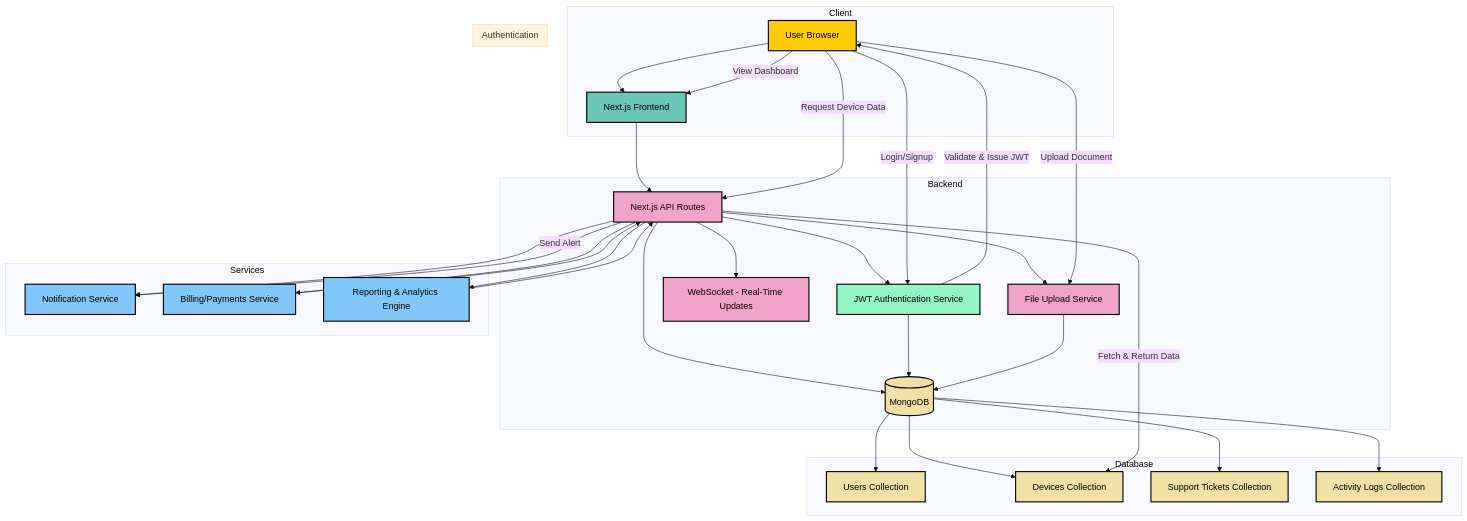
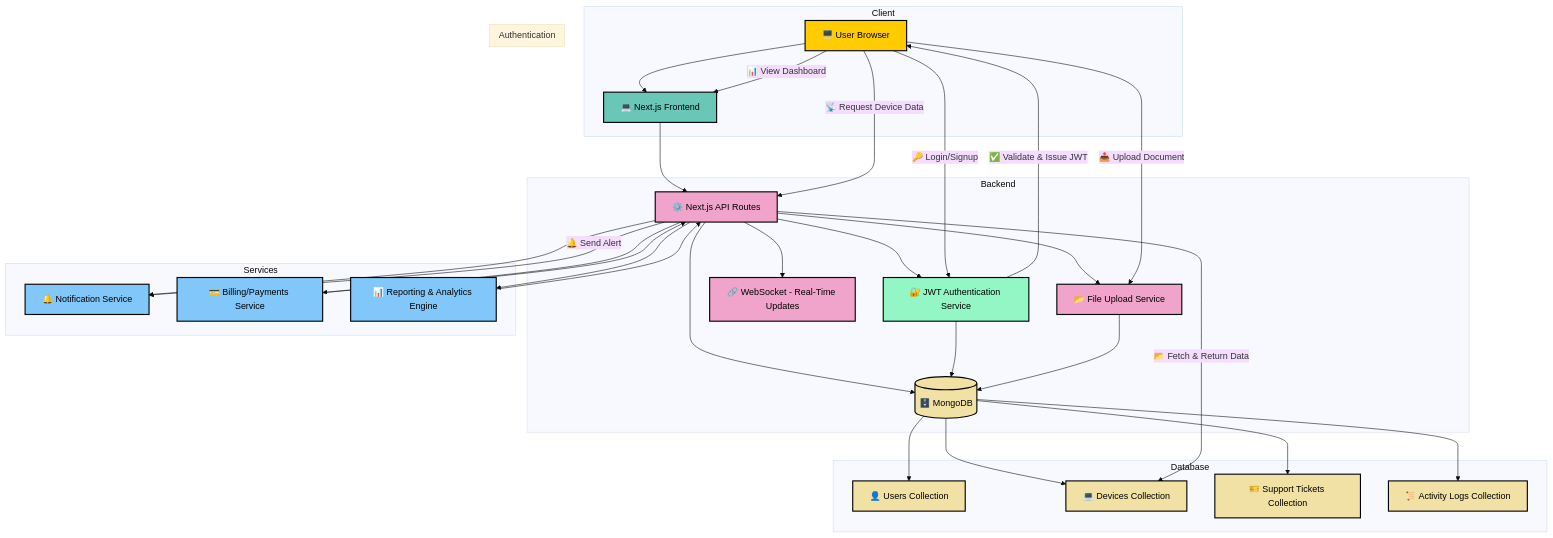
Before and after one commit to be-a-guptaji/IT-Management-System: the diagram in README.md, drawn with Mermaid (base theme).

````diff
--- a/README.md
+++ b/README.md
@@ -82,79 +82,80 @@
 ```mermaid
 graph TD
     %% ==============================
     %% CLIENT LAYER
     %% ==============================
     subgraph Client
-    U[User Browser] --> F[Next.js Frontend]
+    U[🖥️ User Browser] --> F[💻 Next.js Frontend]
     end
 
     %% ==============================
     %% BACKEND & API LAYER
     %% ==============================
     subgraph Backend
-    F --> API[Next.js API Routes]
-    API --> DB[(MongoDB via Mongoose)]
-    API --> Auth[JWT Authentication Service]
-    API --> RT[WebSocket - Real-Time Updates]
-    API --> Files[File Upload Service]
+    F --> API[⚙️ Next.js API Routes]
+    API --> DB[(🗄️ MongoDB via Mongoose)]
+    API --> Auth[🔐 JWT Authentication Service]
+    API --> RT[🔗 WebSocket - Real-Time Updates]
+    API --> Files[📂 File Upload Service]
     end
 
     %% ==============================
     %% AUTHENTICATION
     %% ==============================
     subgraph Authentication
     Auth --> DB
-    U -->|Login/Signup| Auth
-    Auth -->|Validate & Issue JWT| U
+    U -->|🔑 Login/Signup| Auth
+    Auth -->|✅ Validate & Issue JWT| U
     end
 
     %% ==============================
     %% DATABASE
     %% ==============================
     subgraph Database
-    DB[(MongoDB)]
-    DB --> Users[Users Collection]
-    DB --> Devices[Devices Collection]
-    DB --> Tickets[Support Tickets Collection]
-    DB --> Logs[Activity Logs Collection]
+    DB[(🗄️ MongoDB)]
+    DB --> Users[👤 Users Collection]
+    DB --> Devices[💻 Devices Collection]
+    DB --> Tickets[🎫 Support Tickets Collection]
+    DB --> Logs[📜 Activity Logs Collection]
     end
 
     %% ==============================
     %% SERVICES
     %% ==============================
     subgraph Services
-    API --> Notif[Notification Service]
-    API --> Billing[Billing/Payments Service]
-    API --> Reports[Reporting & Analytics Engine]
+    API --> Notif[🔔 Notification Service]
+    API --> Billing[💳 Billing/Payments Service]
+    API --> Reports[📊 Reporting & Analytics Engine]
     end
 
     %% ==============================
     %% FLOWS
     %% ==============================
-    U -->|View Dashboard| F
-    U -->|Request Device Data| API
-    API -->|Fetch & Return Data| Devices
-    U -->|Upload Document| Files
+    U -->|📊 View Dashboard| F
+    U -->|📡 Request Device Data| API
+    API -->|📂 Fetch & Return Data| Devices
+    U -->|📤 Upload Document| Files
     Files --> DB
-    API -->|Send Alert| Notif
+    API -->|🔔 Send Alert| Notif
     Billing --> API
     Reports --> API
 
     %% ==============================
     %% STYLING
     %% ==============================
     classDef client fill:#6ac6b7,stroke:#000,stroke-width:2px,color:#000;
     classDef backend fill:#f1a4cb,stroke:#000,stroke-width:2px,color:#000;
     classDef auth fill:#92f6c5,stroke:#000,stroke-width:2px,color:#000;
     classDef db fill:#f1e1a4,stroke:#000,stroke-width:2px,color:#000;
     classDef services fill:#82c7f9,stroke:#000,stroke-width:2px,color:#000;
     classDef user fill:#ffcc00,stroke:#000,stroke-width:2px,color:#000;
 
+    %% Apply classes
     class U user;
     class F client;
     class API,RT,Files backend;
     class Auth auth;
     class DB,Users,Devices,Tickets,Logs db;
     class Notif,Billing,Reports services;
 
 ```
````
